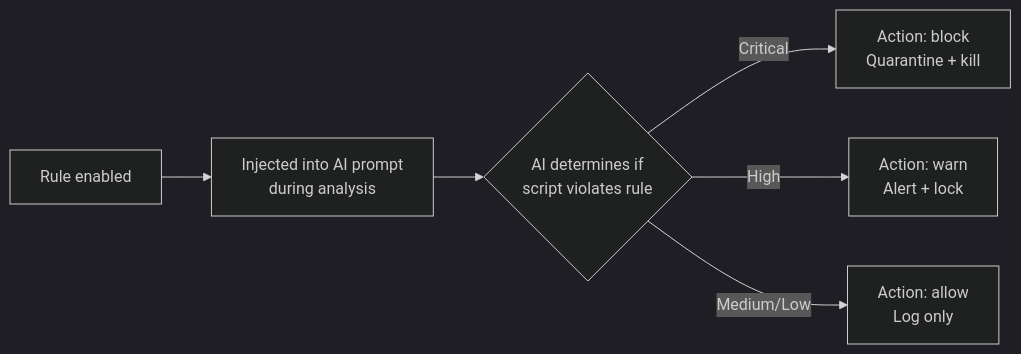
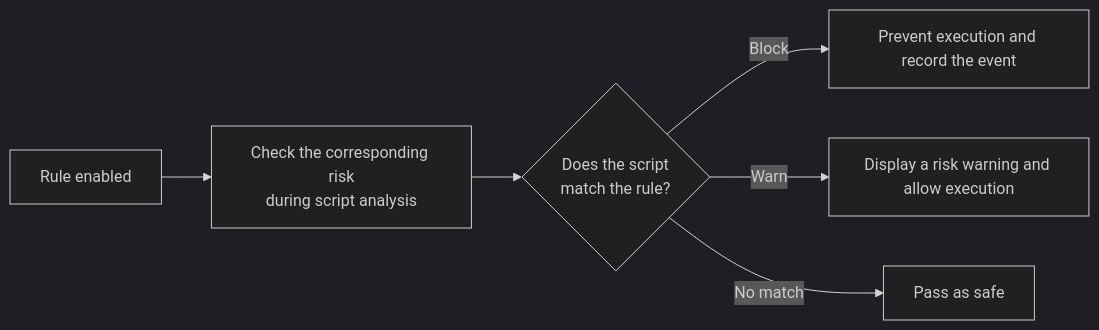
One commit to PolyUxAISecurity/AgentSec-UserDoc changed the diagram in EN/07-security-policy.md. Above: the diagram before and after it, drawn with Mermaid (dark theme). The commit also changed other lines of this file and 175 other files, not shown here.

````diff
--- a/EN/07-security-policy.md
+++ b/EN/07-security-policy.md
@@ -126,8 +160,8 @@
 ```mermaid
 graph LR
-    A[Rule enabled] --> B[Injected into AI prompt<br/>during analysis]
-    B --> C{AI determines if<br/>script violates rule}
-    C -->|Critical| D[Action: block<br/>Quarantine + kill]
-    C -->|High| E[Action: warn<br/>Alert + lock]
-    C -->|Medium/Low| F[Action: allow<br/>Log only]
+    A[Rule enabled] --> B[Check the corresponding risk<br/>during script analysis]
+    B --> C{Does the script<br/>match the rule?}
+    C -->|Block| D[Prevent execution and record the event]
+    C -->|Warn| E[Display a risk warning and allow execution]
+    C -->|No match| F[Pass as safe]
 ```
````
